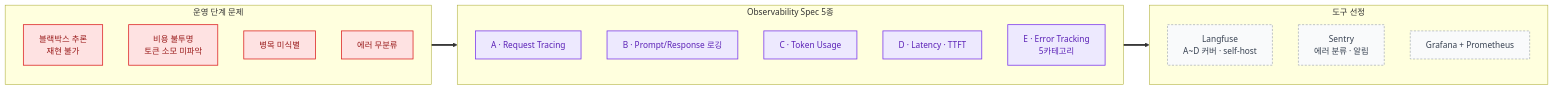
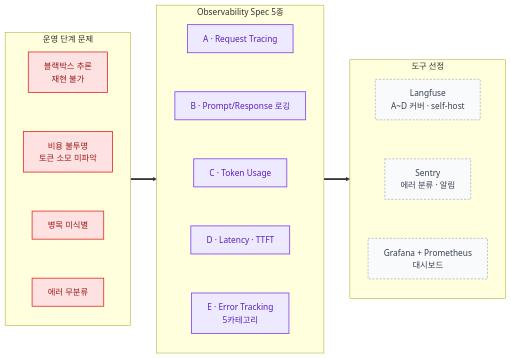
The third of 12 diagrams in README.md (SJayKim/SJayKim), drawn with Mermaid before and after one commit.

Commit message:
docs: LLMOps Observability 도식 가독성 개선 (초가로 스트립 → 3열 그룹형)
서브그래프 내부 direction 무시로 17:1 가로 스트립으로 렌더되던 문제를
~~~ 보이지 않는 링크로 그룹 세로 정렬, 비율 1.4 그룹형으로 교체

````diff
--- a/README.md
+++ b/README.md
@@ -198,35 +198,26 @@
 ```mermaid
 flowchart LR
     subgraph Prob["운영 단계 문제"]
         direction TB
-        P1["블랙박스 추론<br/>재현 불가"]
-        P2["비용 불투명<br/>토큰 소모 미파악"]
-        P3["병목 미식별"]
-        P4["에러 무분류"]
+        P1["블랙박스 추론<br/>재현 불가"] ~~~ P2["비용 불투명<br/>토큰 소모 미파악"] ~~~ P3["병목 미식별"] ~~~ P4["에러 무분류"]
     end
 
     subgraph Spec["Observability Spec 5종"]
         direction TB
-        SA["A · Request Tracing"]
-        SB["B · Prompt/Response 로깅"]
-        SC["C · Token Usage"]
-        SD["D · Latency · TTFT"]
-        SE["E · Error Tracking<br/>5카테고리"]
+        SA["A · Request Tracing"] ~~~ SB["B · Prompt/Response 로깅"] ~~~ SC["C · Token Usage"] ~~~ SD["D · Latency · TTFT"] ~~~ SE["E · Error Tracking<br/>5카테고리"]
     end
 
     subgraph Tool["도구 선정"]
         direction TB
-        LF["Langfuse<br/>A~D 커버 · self-host"]
-        SN["Sentry<br/>에러 분류 · 알림"]
-        GF["Grafana + Prometheus"]
+        LF["Langfuse<br/>A~D 커버 · self-host"] ~~~ SN["Sentry<br/>에러 분류 · 알림"] ~~~ GF["Grafana + Prometheus<br/>대시보드"]
     end
 
     Prob ==> Spec ==> Tool
 
     classDef guard fill:#FEE2E2,stroke:#DC2626,stroke-width:1.5px,color:#991B1B;
     classDef ai fill:#EDE9FE,stroke:#7C3AED,stroke-width:1.5px,color:#5B21B6;
     classDef ext fill:#F9FAFB,stroke:#9CA3AF,stroke-width:1.2px,stroke-dasharray:4 3,color:#374151;
     class P1,P2,P3,P4 guard;
     class SA,SB,SC,SD,SE ai;
     class LF,SN,GF ext;
 ```
````
